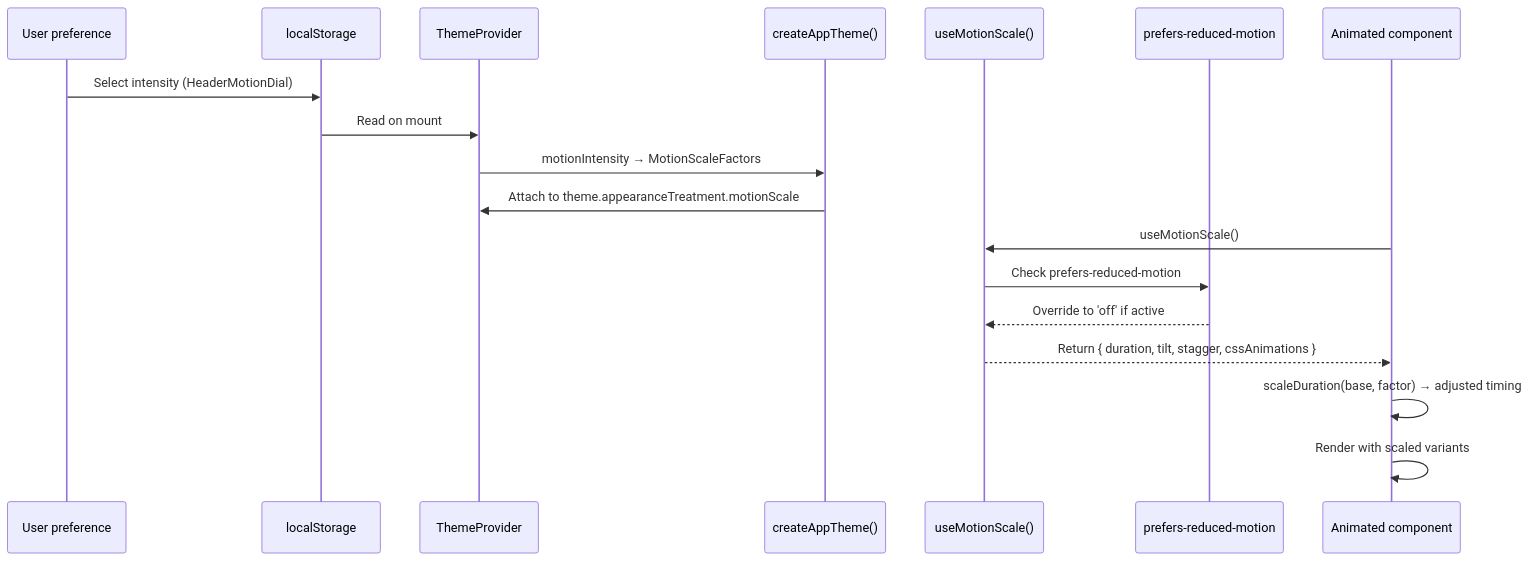
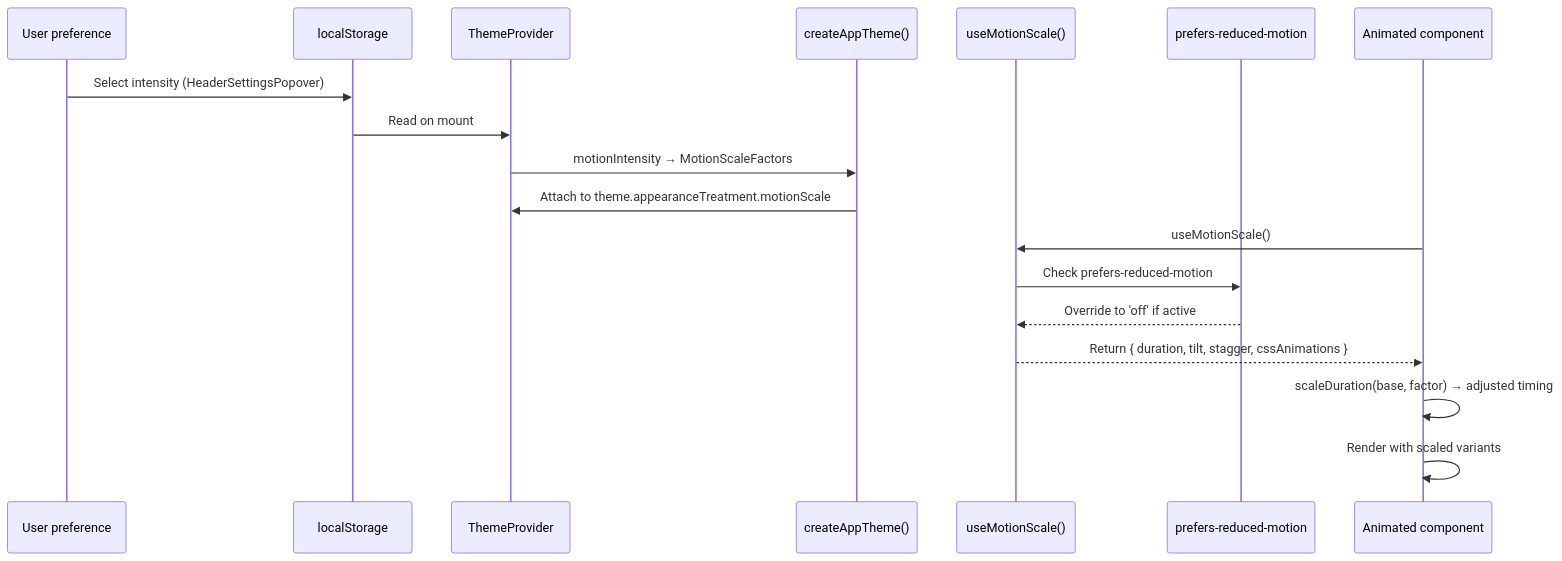
The fourth of 7 diagrams in docs/frontend/motion-architecture.md (danphenderson/dev-danhenderson), drawn with Mermaid before and after one commit. The commit also changed other lines of this file and 106 other files, not shown here.

````diff
--- a/docs/frontend/motion-architecture.md
+++ b/docs/frontend/motion-architecture.md
@@ -200,21 +195,21 @@
 ```mermaid
 sequenceDiagram
   participant User as User preference
   participant LS as localStorage
   participant Theme as ThemeProvider
   participant Scale as createAppTheme()
   participant Hook as useMotionScale()
   participant OS as prefers-reduced-motion
   participant Comp as Animated component
 
-  User->>LS: Select intensity (HeaderMotionDial)
+  User->>LS: Select intensity (HeaderSettingsPopover)
   LS->>Theme: Read on mount
   Theme->>Scale: motionIntensity → MotionScaleFactors
   Scale->>Theme: Attach to theme.appearanceTreatment.motionScale
   Comp->>Hook: useMotionScale()
   Hook->>OS: Check prefers-reduced-motion
   OS-->>Hook: Override to 'off' if active
   Hook-->>Comp: Return { duration, tilt, stagger, cssAnimations }
   Comp->>Comp: scaleDuration(base, factor) → adjusted timing
   Comp->>Comp: Render with scaled variants
 ```
````
